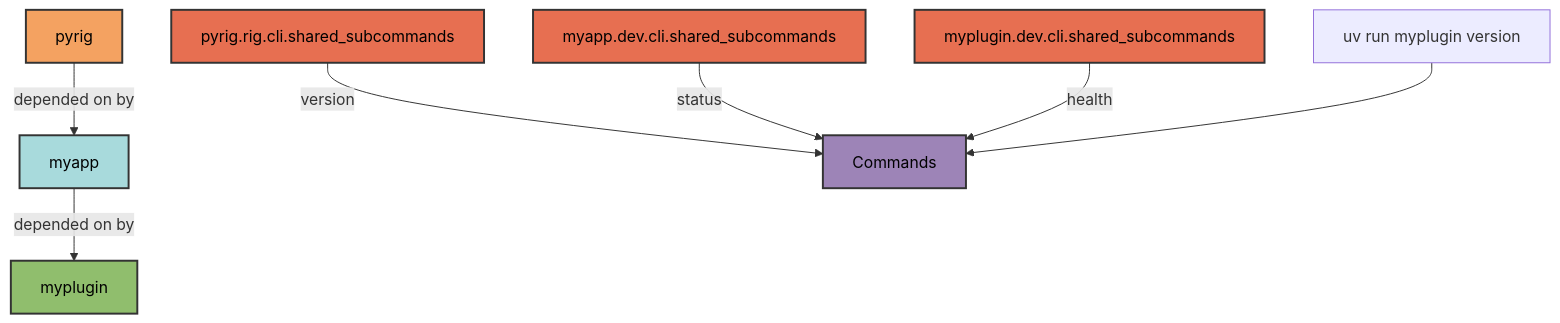
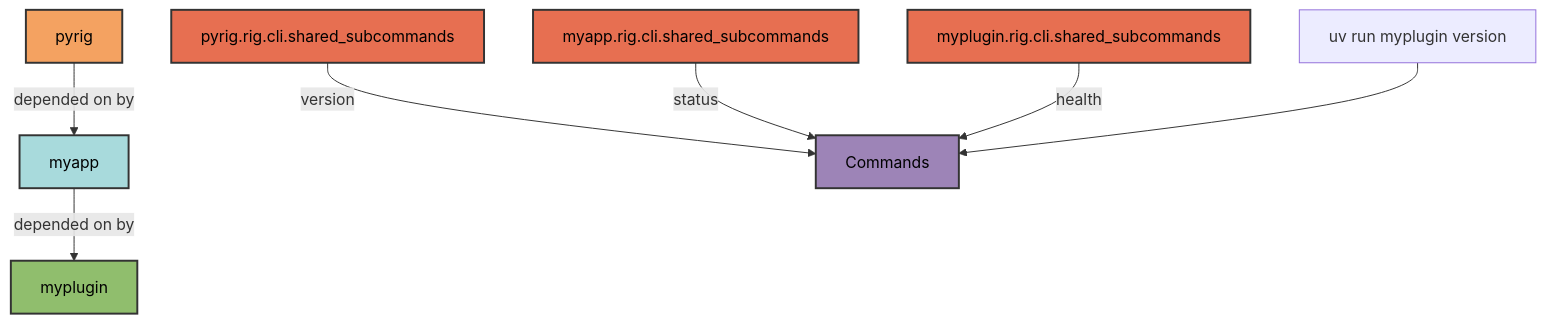
One commit to Winipedia/pyrig changed the first of 2 diagrams in docs/cli/shared-subcommands.md. Above: the diagram before and after it, drawn with Mermaid. The commit also changed other lines of this file and 53 other files, not shown here.

Commit message:
updated docs to reflect renaming from dev to rig

````diff
--- a/docs/cli/shared-subcommands.md
+++ b/docs/cli/shared-subcommands.md
@@ -49,19 +49,19 @@
 ```mermaid
 graph TD
     A[pyrig] -->|depended on by| B[myapp]
     B -->|depended on by| C[myplugin]
 
     D[pyrig.rig.cli.shared_subcommands] -->|version| E[Commands]
-    F[myapp.dev.cli.shared_subcommands] -->|status| E
-    G[myplugin.dev.cli.shared_subcommands] -->|health| E
+    F[myapp.rig.cli.shared_subcommands] -->|status| E
+    G[myplugin.rig.cli.shared_subcommands] -->|health| E
 
     H[uv run myplugin version] --> E
 
     style A fill:#f4a261,stroke:#333,stroke-width:2px,color:#000
     style B fill:#a8dadc,stroke:#333,stroke-width:2px,color:#000
     style C fill:#90be6d,stroke:#333,stroke-width:2px,color:#000
     style D fill:#e76f51,stroke:#333,stroke-width:2px,color:#000
     style F fill:#e76f51,stroke:#333,stroke-width:2px,color:#000
     style G fill:#e76f51,stroke:#333,stroke-width:2px,color:#000
     style E fill:#9d84b7,stroke:#333,stroke-width:2px,color:#000
 ```
````
